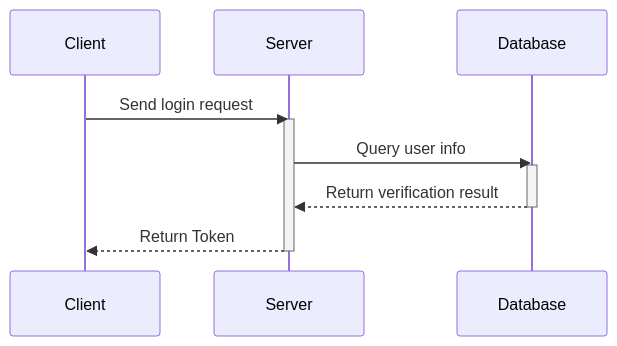
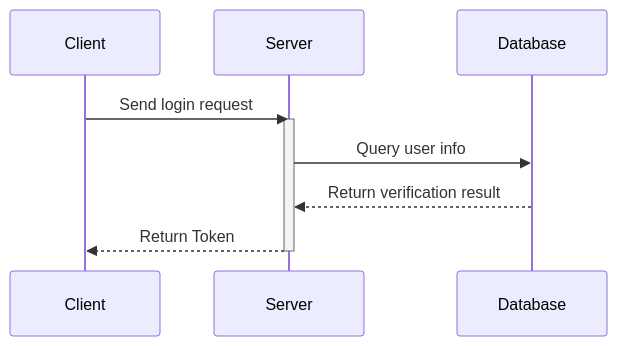
One commit to SSJ-ZYJ/Neoverse-Doc changed the second of 3 diagrams in content/docs/en/contributing/syntax-example.md. Above: the diagram before and after it, drawn with Mermaid. The commit also changed other lines of this file and 9 other files, not shown here.

````diff
--- a/content/docs/en/contributing/syntax-example.md
+++ b/content/docs/en/contributing/syntax-example.md
@@ -322,15 +331,13 @@
 ```mermaid
 sequenceDiagram
     participant Client
     participant Server
     participant Database
 
     Client->>Server: Send login request
     activate Server
     Server->>Database: Query user info
-    activate Database
     Database-->>Server: Return verification result
-    deactivate Database
     Server-->>Client: Return Token
     deactivate Server
 ```
````
